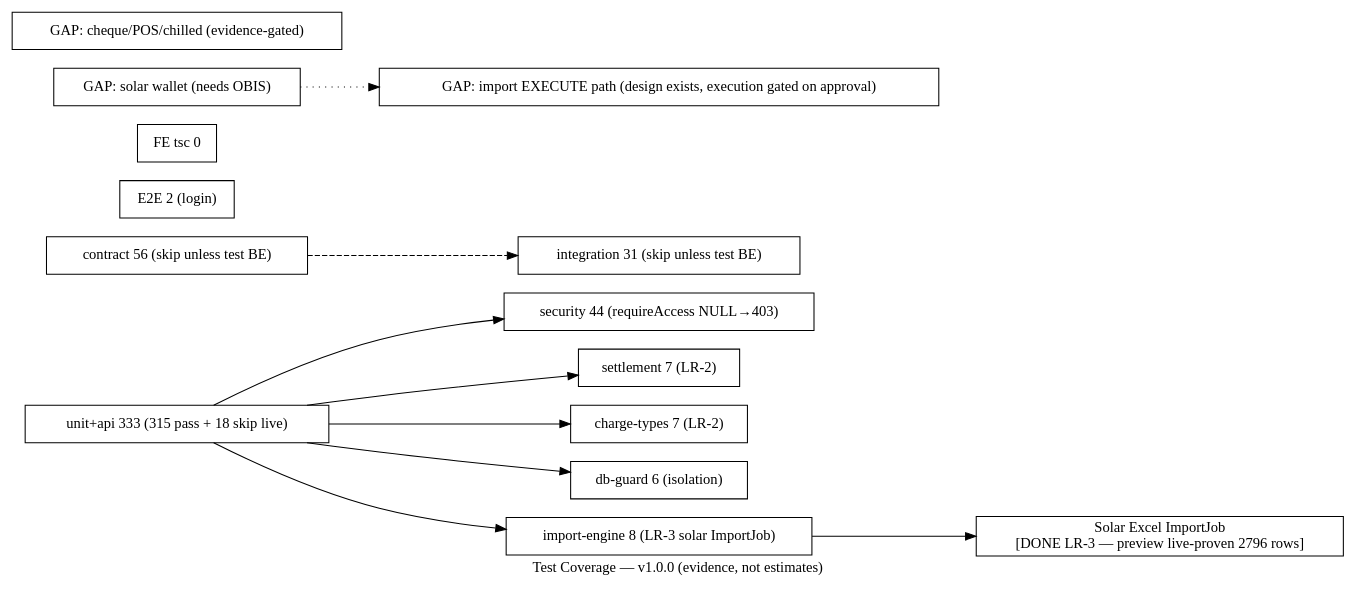
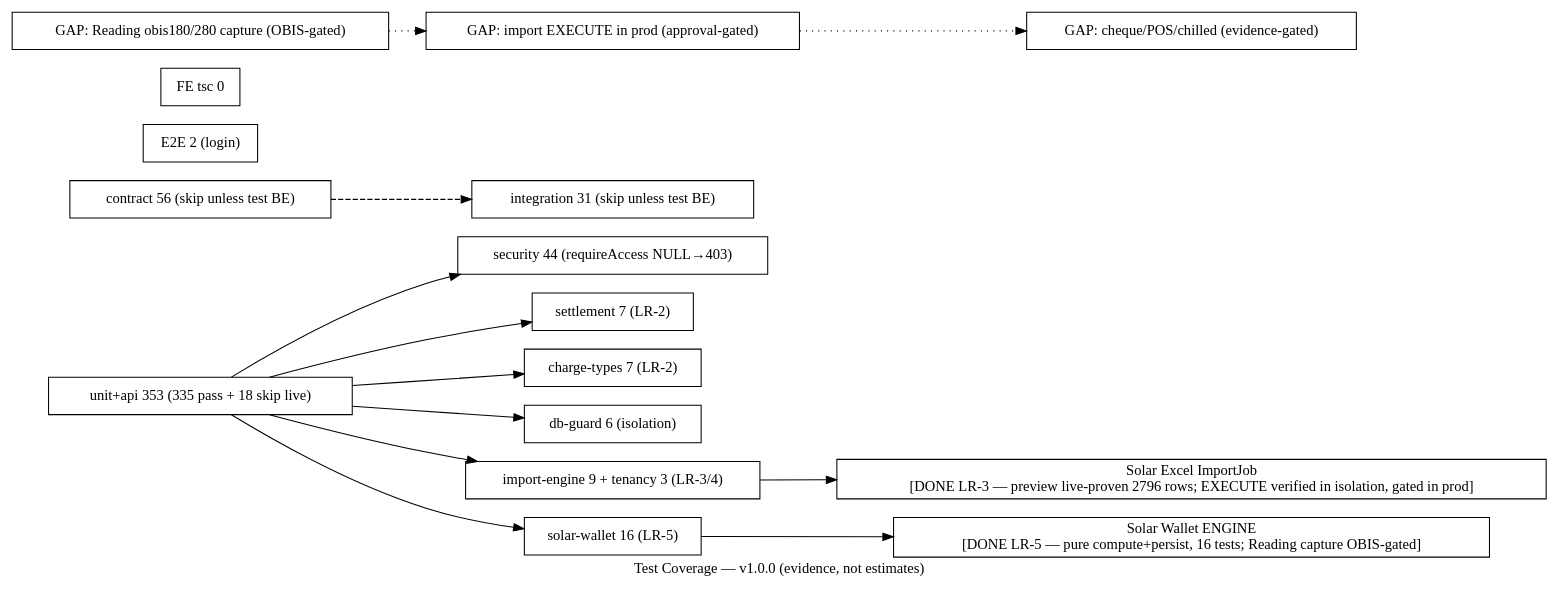
One commit to Kirllos360/MeterVerse changed the diagram in docs/architecture/graph/TEST-COVERAGE.dot. Above: the diagram before and after it, drawn with Graphviz. The commit also changed 10 other files, not shown here.

```diff
--- a/docs/architecture/graph/TEST-COVERAGE.dot
+++ b/docs/architecture/graph/TEST-COVERAGE.dot
@@ -1,36 +1,40 @@
 // TEST-COVERAGE graph — P59-C/LR-2A v1.0.0
 // Evidence-based: unit+api 325 total (307 pass + 18 skip), contract 56 skip,
 // integration 31 skip, FE tsc 0. Tenancy + security live-proven.
 digraph TestCov {
   rankdir=LR;
   label="Test Coverage — v1.0.0 (evidence, not estimates)";
 
   node [shape=box fillcolor="#d1f5d3"];
-  UNIT [label="unit+api 333 (315 pass + 18 skip live)"];
+  UNIT [label="unit+api 353 (335 pass + 18 skip live)"];
   T_SEC [label="security 44 (requireAccess NULL→403)"];
   T_SETTLE [label="settlement 7 (LR-2)"];
   T_CHARGE [label="charge-types 7 (LR-2)"];
   T_DBGUARD [label="db-guard 6 (isolation)"];
-  T_IMPORT [label="import-engine 8 (LR-3 solar ImportJob)"];
-  IMPORT_DONE [label="Solar Excel ImportJob\n[DONE LR-3 — preview live-proven 2796 rows]" fillcolor="#fef7e0"];
+  T_IMPORT [label="import-engine 9 + tenancy 3 (LR-3/4)"];
+  T_SOLAR [label="solar-wallet 16 (LR-5)"];
+  IMPORT_DONE [label="Solar Excel ImportJob\n[DONE LR-3 — preview live-proven 2796 rows; EXECUTE verified in isolation, gated in prod]" fillcolor="#fef7e0"];
+  SOLAR_DONE [label="Solar Wallet ENGINE\n[DONE LR-5 — pure compute+persist, 16 tests; Reading capture OBIS-gated]" fillcolor="#fef7e0"];
 
   node [shape=box fillcolor="#fef7e0"];
   CONTRACT [label="contract 56 (skip unless test BE)"];
   INTEG [label="integration 31 (skip unless test BE)"];
   E2E [label="E2E 2 (login)"];
   TSC [label="FE tsc 0"];
 
   node [shape=box fillcolor="#fff1f0"];
-  GAP1 [label="GAP: solar wallet (needs OBIS)"];
-  GAP2 [label="GAP: import EXECUTE path (design exists, execution gated on approval)"];
+  GAP1 [label="GAP: Reading obis180/280 capture (OBIS-gated)"];
+  GAP2 [label="GAP: import EXECUTE in prod (approval-gated)"];
   GAP3 [label="GAP: cheque/POS/chilled (evidence-gated)"];
 
   UNIT -> T_SEC;
   UNIT -> T_SETTLE;
   UNIT -> T_CHARGE;
   UNIT -> T_DBGUARD;
   UNIT -> T_IMPORT;
+  UNIT -> T_SOLAR;
   T_IMPORT -> IMPORT_DONE;
+  T_SOLAR -> SOLAR_DONE;
   CONTRACT -> INTEG [style=dashed];
-  GAP1 -> GAP2 [style=dotted];
+  GAP1 -> GAP2 -> GAP3 [style=dotted];
 }
```
